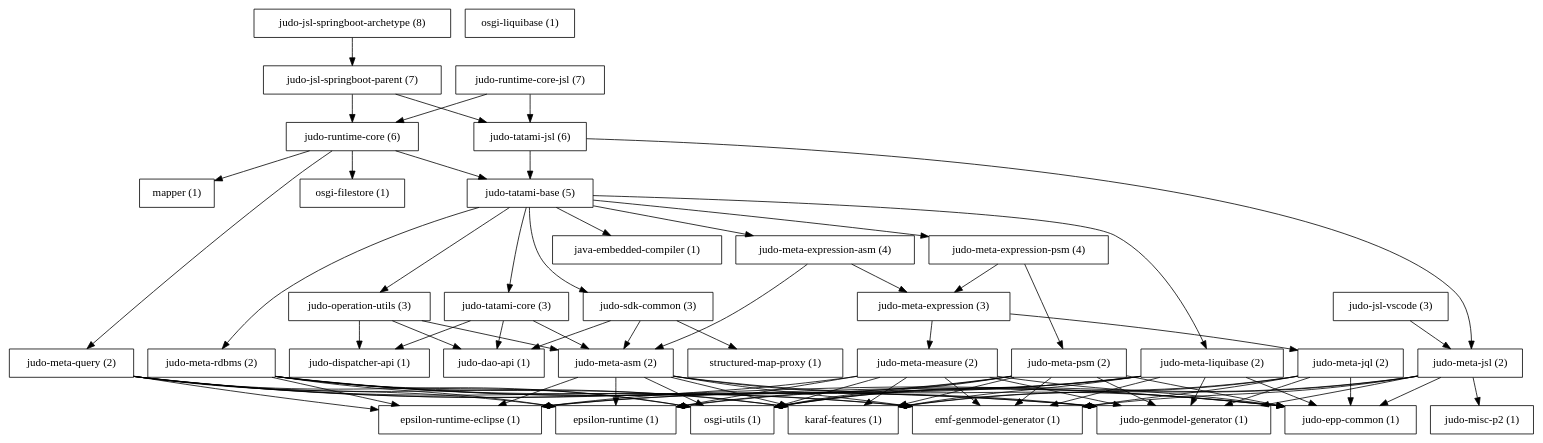
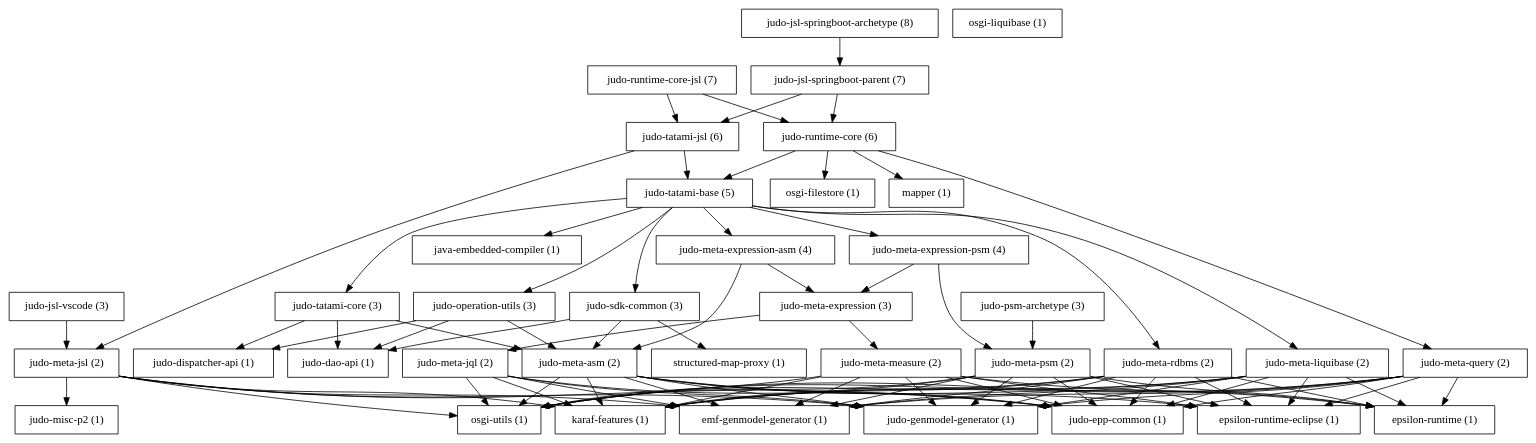
One commit to BlackBeltTechnology/judo-community changed the diagram in dependency.dot. Above: the diagram before and after it, drawn with Graphviz. The commit also changed 3 other files, not shown here.

Commit message:
JNG-4250 Add judo-psm-archetype module

```diff
--- a/dependency.dot
+++ b/dependency.dot
@@ -1,126 +1,128 @@
 strict digraph  {
 "epsilon-runtime (1)" [label="epsilon-runtime (1)", shape=box];
 "epsilon-runtime-eclipse (1)" [label="epsilon-runtime-eclipse (1)", shape=box];
 "emf-genmodel-generator (1)" [label="emf-genmodel-generator (1)", shape=box];
 "judo-genmodel-generator (1)" [label="judo-genmodel-generator (1)", shape=box];
 "judo-epp-common (1)" [label="judo-epp-common (1)", shape=box];
 "osgi-utils (1)" [label="osgi-utils (1)", shape=box];
 "java-embedded-compiler (1)" [label="java-embedded-compiler (1)", shape=box];
 "structured-map-proxy (1)" [label="structured-map-proxy (1)", shape=box];
 "karaf-features (1)" [label="karaf-features (1)", shape=box];
 "mapper (1)" [label="mapper (1)", shape=box];
 "osgi-liquibase (1)" [label="osgi-liquibase (1)", shape=box];
 "osgi-filestore (1)" [label="osgi-filestore (1)", shape=box];
 "judo-misc-p2 (1)" [label="judo-misc-p2 (1)", shape=box];
 "judo-dao-api (1)" [label="judo-dao-api (1)", shape=box];
 "judo-dispatcher-api (1)" [label="judo-dispatcher-api (1)", shape=box];
 "judo-jsl-vscode (3)" [label="judo-jsl-vscode (3)", shape=box];
 "judo-meta-asm (2)" [label="judo-meta-asm (2)", shape=box];
 "judo-meta-expression (3)" [label="judo-meta-expression (3)", shape=box];
 "judo-meta-expression-asm (4)" [label="judo-meta-expression-asm (4)", shape=box];
 "judo-meta-expression-psm (4)" [label="judo-meta-expression-psm (4)", shape=box];
 "judo-meta-jql (2)" [label="judo-meta-jql (2)", shape=box];
 "judo-meta-jsl (2)" [label="judo-meta-jsl (2)", shape=box];
 "judo-meta-liquibase (2)" [label="judo-meta-liquibase (2)", shape=box];
 "judo-meta-measure (2)" [label="judo-meta-measure (2)", shape=box];
 "judo-meta-psm (2)" [label="judo-meta-psm (2)", shape=box];
 "judo-meta-query (2)" [label="judo-meta-query (2)", shape=box];
 "judo-meta-rdbms (2)" [label="judo-meta-rdbms (2)", shape=box];
 "judo-operation-utils (3)" [label="judo-operation-utils (3)", shape=box];
 "judo-runtime-core (6)" [label="judo-runtime-core (6)", shape=box];
 "judo-runtime-core-jsl (7)" [label="judo-runtime-core-jsl (7)", shape=box];
 "judo-sdk-common (3)" [label="judo-sdk-common (3)", shape=box];
 "judo-tatami-base (5)" [label="judo-tatami-base (5)", shape=box];
 "judo-tatami-core (3)" [label="judo-tatami-core (3)", shape=box];
 "judo-tatami-jsl (6)" [label="judo-tatami-jsl (6)", shape=box];
 "judo-jsl-springboot-parent (7)" [label="judo-jsl-springboot-parent (7)", shape=box];
 "judo-jsl-springboot-archetype (8)" [label="judo-jsl-springboot-archetype (8)", shape=box];
+"judo-psm-archetype (3)" [label="judo-psm-archetype (3)", shape=box];
 "judo-jsl-vscode (3)" -> "judo-meta-jsl (2)";
+"judo-meta-asm (2)" -> "judo-epp-common (1)";
+"judo-meta-asm (2)" -> "osgi-utils (1)";
+"judo-meta-asm (2)" -> "epsilon-runtime (1)";
+"judo-meta-asm (2)" -> "epsilon-runtime-eclipse (1)";
+"judo-meta-asm (2)" -> "karaf-features (1)";
 "judo-meta-asm (2)" -> "emf-genmodel-generator (1)";
-"judo-meta-asm (2)" -> "karaf-features (1)";
-"judo-meta-asm (2)" -> "osgi-utils (1)";
 "judo-meta-asm (2)" -> "judo-genmodel-generator (1)";
-"judo-meta-asm (2)" -> "epsilon-runtime (1)";
-"judo-meta-asm (2)" -> "judo-epp-common (1)";
-"judo-meta-asm (2)" -> "epsilon-runtime-eclipse (1)";
+"judo-meta-expression (3)" -> "judo-meta-jql (2)";
 "judo-meta-expression (3)" -> "judo-meta-measure (2)";
-"judo-meta-expression (3)" -> "judo-meta-jql (2)";
 "judo-meta-expression-asm (4)" -> "judo-meta-expression (3)";
 "judo-meta-expression-asm (4)" -> "judo-meta-asm (2)";
+"judo-meta-expression-psm (4)" -> "judo-meta-expression (3)";
 "judo-meta-expression-psm (4)" -> "judo-meta-psm (2)";
-"judo-meta-expression-psm (4)" -> "judo-meta-expression (3)";
-"judo-meta-jql (2)" -> "emf-genmodel-generator (1)";
-"judo-meta-jql (2)" -> "karaf-features (1)";
-"judo-meta-jql (2)" -> "judo-genmodel-generator (1)";
 "judo-meta-jql (2)" -> "judo-epp-common (1)";
 "judo-meta-jql (2)" -> "osgi-utils (1)";
+"judo-meta-jql (2)" -> "karaf-features (1)";
+"judo-meta-jql (2)" -> "emf-genmodel-generator (1)";
+"judo-meta-jql (2)" -> "judo-genmodel-generator (1)";
+"judo-meta-jsl (2)" -> "judo-epp-common (1)";
+"judo-meta-jsl (2)" -> "judo-misc-p2 (1)";
+"judo-meta-jsl (2)" -> "osgi-utils (1)";
+"judo-meta-jsl (2)" -> "karaf-features (1)";
 "judo-meta-jsl (2)" -> "emf-genmodel-generator (1)";
-"judo-meta-jsl (2)" -> "karaf-features (1)";
-"judo-meta-jsl (2)" -> "judo-misc-p2 (1)";
 "judo-meta-jsl (2)" -> "judo-genmodel-generator (1)";
-"judo-meta-jsl (2)" -> "judo-epp-common (1)";
-"judo-meta-jsl (2)" -> "osgi-utils (1)";
+"judo-meta-liquibase (2)" -> "judo-epp-common (1)";
+"judo-meta-liquibase (2)" -> "osgi-utils (1)";
+"judo-meta-liquibase (2)" -> "epsilon-runtime (1)";
+"judo-meta-liquibase (2)" -> "epsilon-runtime-eclipse (1)";
+"judo-meta-liquibase (2)" -> "karaf-features (1)";
 "judo-meta-liquibase (2)" -> "emf-genmodel-generator (1)";
-"judo-meta-liquibase (2)" -> "karaf-features (1)";
-"judo-meta-liquibase (2)" -> "osgi-utils (1)";
 "judo-meta-liquibase (2)" -> "judo-genmodel-generator (1)";
-"judo-meta-liquibase (2)" -> "epsilon-runtime (1)";
-"judo-meta-liquibase (2)" -> "judo-epp-common (1)";
-"judo-meta-liquibase (2)" -> "epsilon-runtime-eclipse (1)";
+"judo-meta-measure (2)" -> "judo-epp-common (1)";
+"judo-meta-measure (2)" -> "osgi-utils (1)";
+"judo-meta-measure (2)" -> "epsilon-runtime (1)";
+"judo-meta-measure (2)" -> "epsilon-runtime-eclipse (1)";
+"judo-meta-measure (2)" -> "karaf-features (1)";
 "judo-meta-measure (2)" -> "emf-genmodel-generator (1)";
-"judo-meta-measure (2)" -> "karaf-features (1)";
-"judo-meta-measure (2)" -> "osgi-utils (1)";
 "judo-meta-measure (2)" -> "judo-genmodel-generator (1)";
-"judo-meta-measure (2)" -> "epsilon-runtime (1)";
-"judo-meta-measure (2)" -> "judo-epp-common (1)";
-"judo-meta-measure (2)" -> "epsilon-runtime-eclipse (1)";
+"judo-meta-psm (2)" -> "judo-epp-common (1)";
+"judo-meta-psm (2)" -> "osgi-utils (1)";
+"judo-meta-psm (2)" -> "epsilon-runtime (1)";
+"judo-meta-psm (2)" -> "epsilon-runtime-eclipse (1)";
+"judo-meta-psm (2)" -> "karaf-features (1)";
 "judo-meta-psm (2)" -> "emf-genmodel-generator (1)";
-"judo-meta-psm (2)" -> "karaf-features (1)";
-"judo-meta-psm (2)" -> "osgi-utils (1)";
 "judo-meta-psm (2)" -> "judo-genmodel-generator (1)";
-"judo-meta-psm (2)" -> "epsilon-runtime (1)";
-"judo-meta-psm (2)" -> "judo-epp-common (1)";
-"judo-meta-psm (2)" -> "epsilon-runtime-eclipse (1)";
+"judo-meta-query (2)" -> "judo-epp-common (1)";
+"judo-meta-query (2)" -> "osgi-utils (1)";
+"judo-meta-query (2)" -> "epsilon-runtime (1)";
+"judo-meta-query (2)" -> "epsilon-runtime-eclipse (1)";
+"judo-meta-query (2)" -> "karaf-features (1)";
 "judo-meta-query (2)" -> "emf-genmodel-generator (1)";
-"judo-meta-query (2)" -> "karaf-features (1)";
-"judo-meta-query (2)" -> "osgi-utils (1)";
 "judo-meta-query (2)" -> "judo-genmodel-generator (1)";
-"judo-meta-query (2)" -> "epsilon-runtime (1)";
-"judo-meta-query (2)" -> "judo-epp-common (1)";
-"judo-meta-query (2)" -> "epsilon-runtime-eclipse (1)";
+"judo-meta-rdbms (2)" -> "judo-epp-common (1)";
+"judo-meta-rdbms (2)" -> "osgi-utils (1)";
+"judo-meta-rdbms (2)" -> "epsilon-runtime (1)";
+"judo-meta-rdbms (2)" -> "epsilon-runtime-eclipse (1)";
+"judo-meta-rdbms (2)" -> "karaf-features (1)";
 "judo-meta-rdbms (2)" -> "emf-genmodel-generator (1)";
-"judo-meta-rdbms (2)" -> "karaf-features (1)";
-"judo-meta-rdbms (2)" -> "osgi-utils (1)";
 "judo-meta-rdbms (2)" -> "judo-genmodel-generator (1)";
-"judo-meta-rdbms (2)" -> "epsilon-runtime (1)";
-"judo-meta-rdbms (2)" -> "judo-epp-common (1)";
-"judo-meta-rdbms (2)" -> "epsilon-runtime-eclipse (1)";
 "judo-operation-utils (3)" -> "judo-dispatcher-api (1)";
+"judo-operation-utils (3)" -> "judo-dao-api (1)";
 "judo-operation-utils (3)" -> "judo-meta-asm (2)";
-"judo-operation-utils (3)" -> "judo-dao-api (1)";
+"judo-runtime-core (6)" -> "mapper (1)";
 "judo-runtime-core (6)" -> "judo-tatami-base (5)";
-"judo-runtime-core (6)" -> "mapper (1)";
+"judo-runtime-core (6)" -> "osgi-filestore (1)";
 "judo-runtime-core (6)" -> "judo-meta-query (2)";
-"judo-runtime-core (6)" -> "osgi-filestore (1)";
+"judo-runtime-core-jsl (7)" -> "judo-runtime-core (6)";
 "judo-runtime-core-jsl (7)" -> "judo-tatami-jsl (6)";
-"judo-runtime-core-jsl (7)" -> "judo-runtime-core (6)";
-"judo-sdk-common (3)" -> "judo-meta-asm (2)";
 "judo-sdk-common (3)" -> "judo-dao-api (1)";
 "judo-sdk-common (3)" -> "structured-map-proxy (1)";
+"judo-sdk-common (3)" -> "judo-meta-asm (2)";
+"judo-tatami-base (5)" -> "judo-meta-expression-asm (4)";
+"judo-tatami-base (5)" -> "judo-meta-expression-psm (4)";
 "judo-tatami-base (5)" -> "judo-meta-liquibase (2)";
 "judo-tatami-base (5)" -> "judo-tatami-core (3)";
 "judo-tatami-base (5)" -> "judo-meta-rdbms (2)";
+"judo-tatami-base (5)" -> "judo-operation-utils (3)";
+"judo-tatami-base (5)" -> "java-embedded-compiler (1)";
 "judo-tatami-base (5)" -> "judo-sdk-common (3)";
-"judo-tatami-base (5)" -> "java-embedded-compiler (1)";
-"judo-tatami-base (5)" -> "judo-meta-expression-psm (4)";
-"judo-tatami-base (5)" -> "judo-meta-expression-asm (4)";
-"judo-tatami-base (5)" -> "judo-operation-utils (3)";
+"judo-tatami-core (3)" -> "judo-dispatcher-api (1)";
 "judo-tatami-core (3)" -> "judo-dao-api (1)";
-"judo-tatami-core (3)" -> "judo-dispatcher-api (1)";
 "judo-tatami-core (3)" -> "judo-meta-asm (2)";
 "judo-tatami-jsl (6)" -> "judo-tatami-base (5)";
 "judo-tatami-jsl (6)" -> "judo-meta-jsl (2)";
+"judo-jsl-springboot-parent (7)" -> "judo-runtime-core (6)";
 "judo-jsl-springboot-parent (7)" -> "judo-tatami-jsl (6)";
-"judo-jsl-springboot-parent (7)" -> "judo-runtime-core (6)";
 "judo-jsl-springboot-archetype (8)" -> "judo-jsl-springboot-parent (7)";
+"judo-psm-archetype (3)" -> "judo-meta-psm (2)";
 }
```
